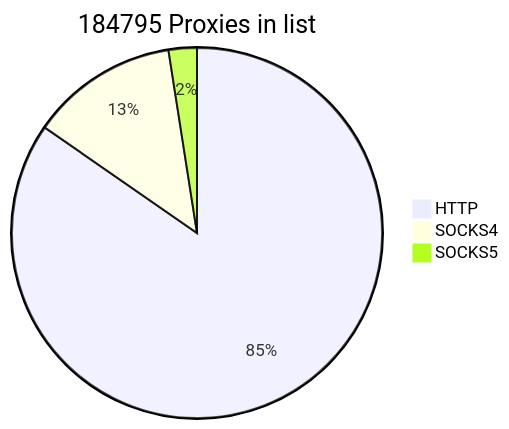
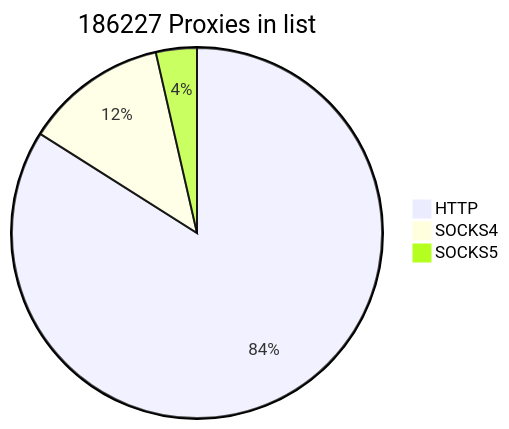
The first of 2 diagrams in README.md (cutipu/proxylist), drawn with Mermaid before and after one commit. The commit also changed other lines of this file, not shown here.

````diff
--- a/README.md
+++ b/README.md
@@ -2,7 +2,7 @@
 ```mermaid
-pie title 184795 Proxies in list
-    "HTTP" : 156417
-    "SOCKS4" : 23818
-    "SOCKS5" : 4560
+pie title 186227 Proxies in list
+    "HTTP" : 156392
+    "SOCKS4" : 23183
+    "SOCKS5" : 6652
             
 ```
````
